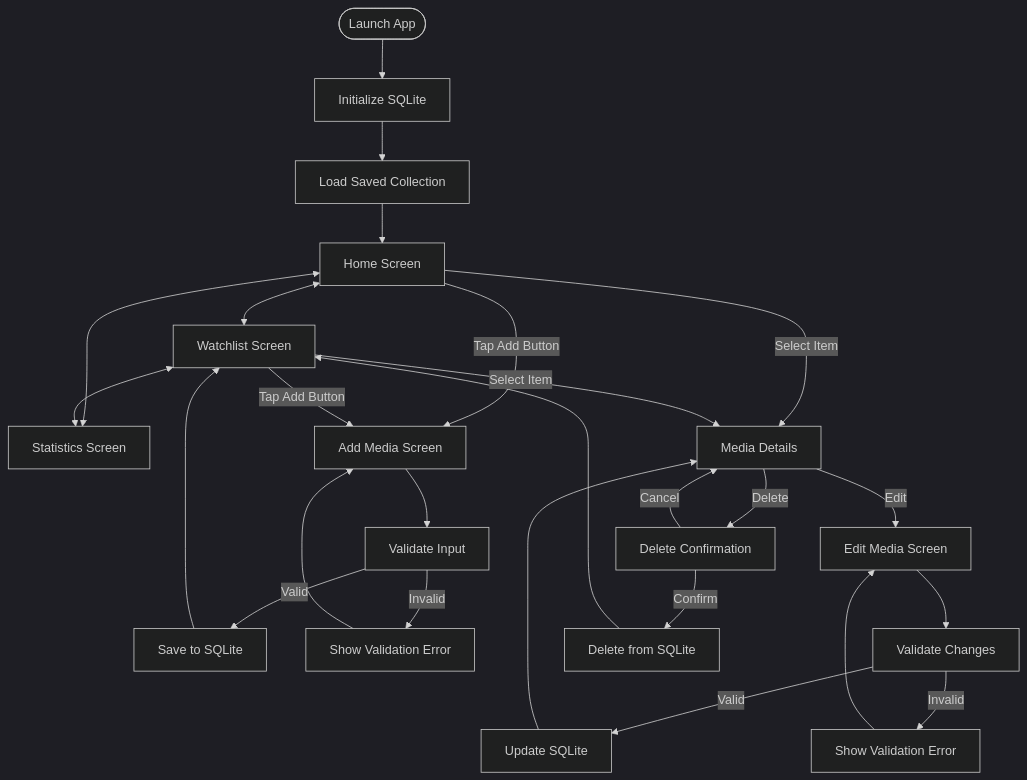
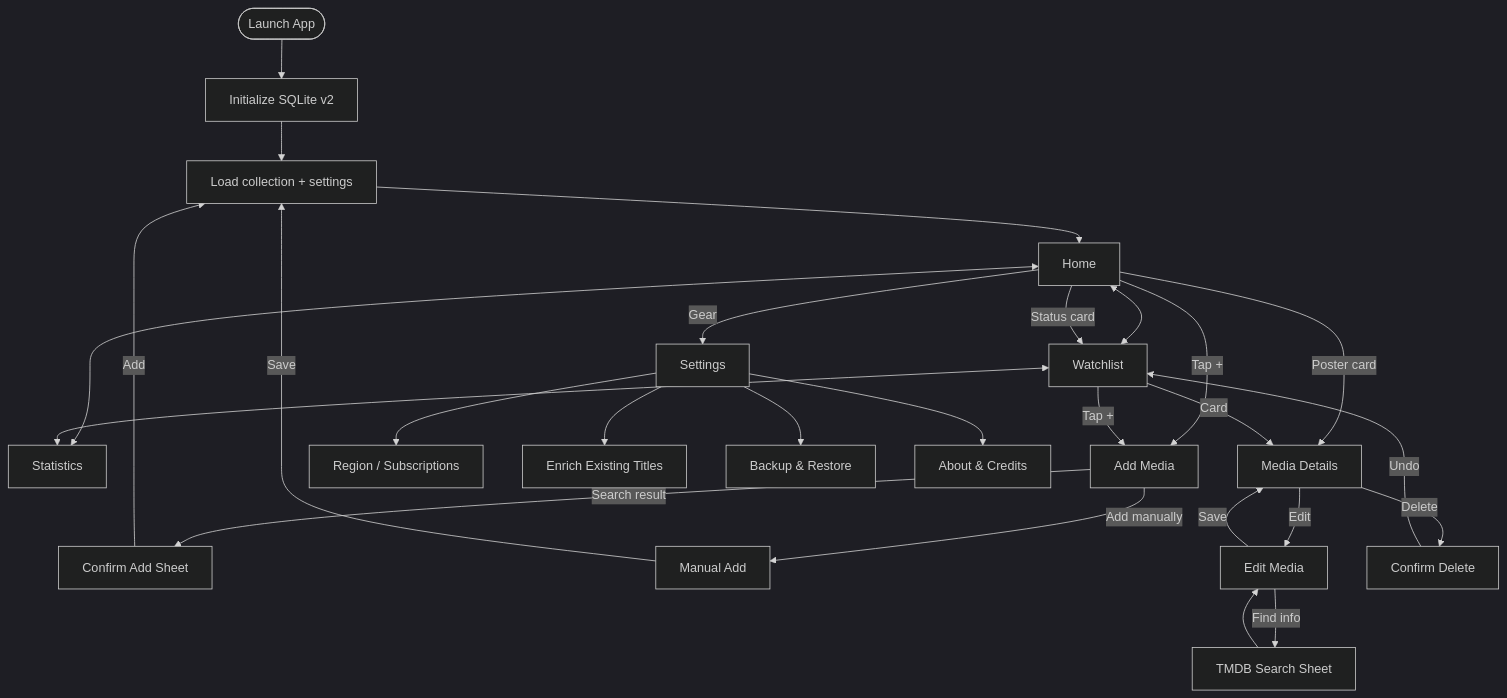
The first of 7 diagrams in docs/05-user-flow.md (Aldo-Kristian/CineTrack), drawn with Mermaid (dark theme) before and after one commit. The commit also changed other lines of this file and 17 other files, not shown here.

Commit message:
docs: revise all documents for v2 (tmdb, poster, streaming, genre cards)

````diff
--- a/docs/05-user-flow.md
+++ b/docs/05-user-flow.md
@@ -34,33 +37,34 @@
 ```mermaid
 flowchart TD
-    A([Launch App]) --> B[Initialize SQLite]
-    B --> C[Load Saved Collection]
-    C --> D[Home Screen]
+    A([Launch App]) --> B[Initialize SQLite v2]
+    B --> C[Load collection + settings]
+    C --> D[Home]
 
-    D <--> E[Watchlist Screen]
-    D <--> F[Statistics Screen]
+    D <--> E[Watchlist]
+    D <--> F[Statistics]
     E <--> F
 
-    D -->|Tap Add Button| G[Add Media Screen]
-    E -->|Tap Add Button| G
-    D -->|Select Item| H[Media Details]
-    E -->|Select Item| H
+    D -->|Gear| S[Settings]
+    D -->|Tap +| G[Add Media]
+    E -->|Tap +| G
+    D -->|Status card| E
+    D -->|Poster card| H[Media Details]
+    E -->|Card| H
 
-    G --> G1[Validate Input]
-    G1 -->|Valid| G2[Save to SQLite]
-    G1 -->|Invalid| G3[Show Validation Error]
-    G3 --> G
-    G2 --> E
+    G -->|Search result| Q[Confirm Add Sheet]
+    Q -->|Add| C
+    G -->|Add manually| M[Manual Add]
+    M -->|Save| C
 
-    H -->|Edit| I[Edit Media Screen]
-    I --> I1[Validate Changes]
-    I1 -->|Valid| I2[Update SQLite]
-    I1 -->|Invalid| I3[Show Validation Error]
-    I3 --> I
-    I2 --> H
+    S --> R[Region / Subscriptions]
+    S --> T[Enrich Existing Titles]
+    S --> U[Backup & Restore]
+    S --> V[About & Credits]
 
-    H -->|Delete| J[Delete Confirmation]
-    J -->|Confirm| J1[Delete from SQLite]
-    J -->|Cancel| H
-    J1 --> E
+    H -->|Edit| I[Edit Media]
+    I -->|Find info| W[TMDB Search Sheet]
+    W --> I
+    I -->|Save| H
+    H -->|Delete| X[Confirm Delete]
+    X -->|Undo| E
 ```
````
